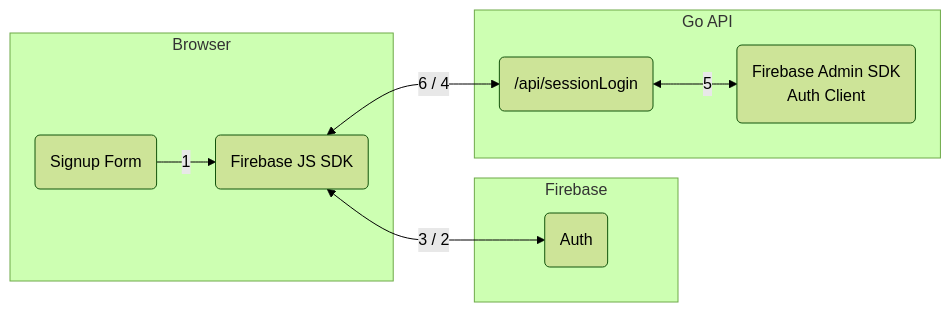
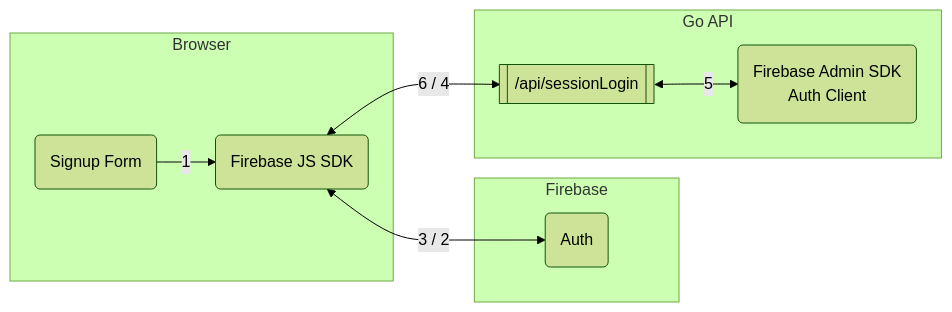
Before and after one commit to cheomanigua/bwadocs: the third of 5 diagrams in content/docs/authentication.md, drawn with Mermaid (forest theme). The commit also changed other lines of this file and 3 other files, not shown here.

````diff
--- a/content/docs/authentication.md
+++ b/content/docs/authentication.md
@@ -240,18 +240,18 @@
 ```mermaid
 flowchart LR
     subgraph Browser
         form(Signup Form)
         js(Firebase JS SDK)
     end
     subgraph Firebase
         auth(Auth)
     end
     subgraph Go API
-        apises(/api/sessionLogin)
+        apises[[/api/sessionLogin]]
         admin(Firebase Admin SDK<br/>Auth Client)
     end
     form --"1"--> js
     js <-- "3 / 2" --> auth
     js <-- "6 / 4" --> apises
     apises <-- "5" --> admin
 ```
````
